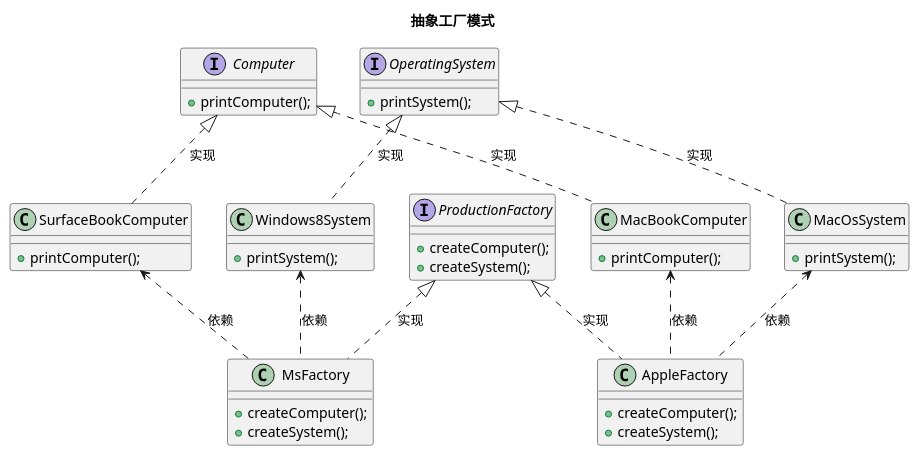
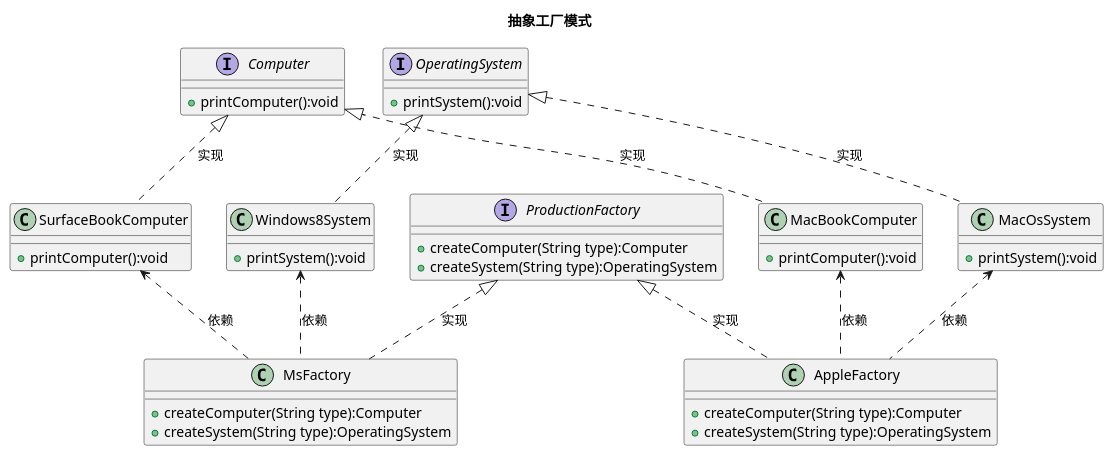
One commit to MikeWrong/uml changed the diagram in 抽象工厂模式.puml. Above: the diagram before and after it, drawn with PlantUML. The commit also changed 2 other files, not shown here.

```diff
--- a/抽象工厂模式.puml
+++ b/抽象工厂模式.puml
@@ -1,62 +1,62 @@
 @startuml
 title:抽象工厂模式
 
 interface Computer{
-+printComputer();
++printComputer():void
 }
 
 class SurfaceBookComputer{
-+printComputer();
++printComputer():void
 }
 
 class MacBookComputer{
-+printComputer();
++printComputer():void
 }
 
 Computer<|..SurfaceBookComputer:实现
 Computer<|..MacBookComputer:实现
 
 interface ProductionFactory{
-+createComputer();
-+createSystem();
++createComputer(String type):Computer
++createSystem(String type):OperatingSystem
 }
 
 class MsFactory{
-+createComputer();
-+createSystem();
++createComputer(String type):Computer
++createSystem(String type):OperatingSystem
 }
 
 class AppleFactory{
-+createComputer();
-+createSystem();
++createComputer(String type):Computer
++createSystem(String type):OperatingSystem
 }
 
 ProductionFactory<|..MsFactory:实现
 ProductionFactory<|..AppleFactory:实现
 
 interface OperatingSystem{
-+printSystem();
++printSystem():void
 }
 
 class Windows8System{
-+printSystem();
++printSystem():void
 }
 
 class MacOsSystem{
-+printSystem();
++printSystem():void
 }
 
 OperatingSystem<|..MacOsSystem:实现
 OperatingSystem<|..Windows8System:实现
 
 SurfaceBookComputer<..MsFactory:依赖
 Windows8System<..MsFactory:依赖
 MacBookComputer<..AppleFactory:依赖
 MacOsSystem<..AppleFactory:依赖
 
 /'缺点：在于产品类的扩展，将会是十分费力的，
 假如在需要加入新的产品，那么几乎所有的工厂
 类都需要进行修改，所以在使用抽象工厂模式时，
 对产品等级结构的划分是十分重要的。'/
 
 @enduml
```
